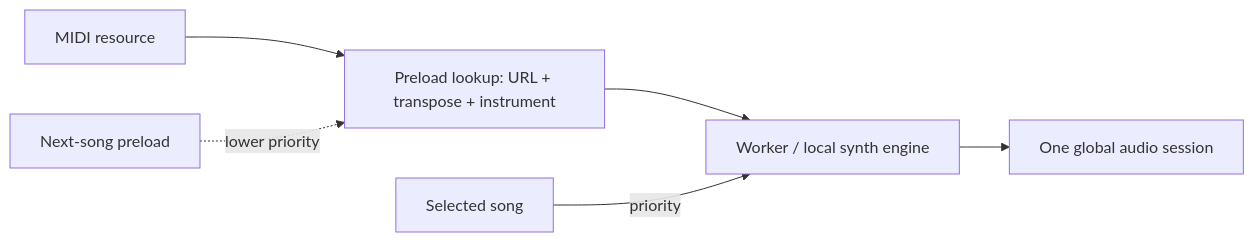
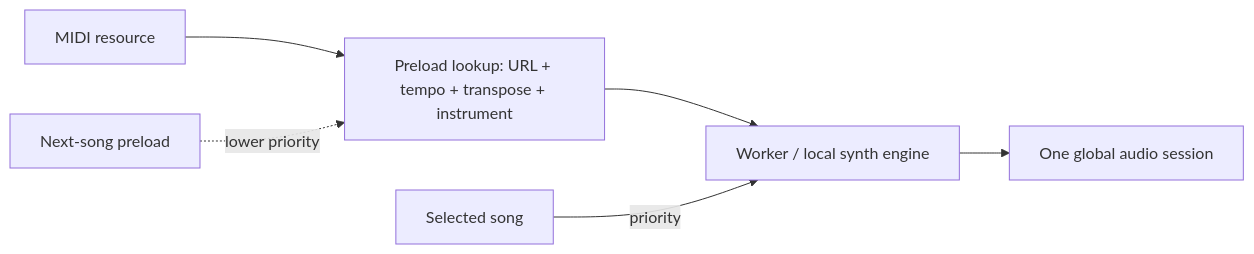
Before and after one commit to gyspnk/GYSApp-Tauri: the seventh of 8 diagrams in README.md, drawn with Mermaid. The commit also changed other lines of this file and 20 other files, not shown here.

````diff
--- a/README.md
+++ b/README.md
@@ -126,7 +134,7 @@
 ```mermaid
 flowchart LR
-  MIDI0["MIDI resource"] --> LOOKUP["Preload lookup: URL + transpose + instrument"]
+  MIDI0["MIDI resource"] --> LOOKUP["Preload lookup: URL + tempo + transpose + instrument"]
   LOOKUP --> WORKER["Worker / local synth engine"] --> AUDIO["One global audio session"]
   NEXT["Next-song preload"] -. lower priority .-> LOOKUP
   FOREGROUND["Selected song"] -->|priority| WORKER
 ```
````
